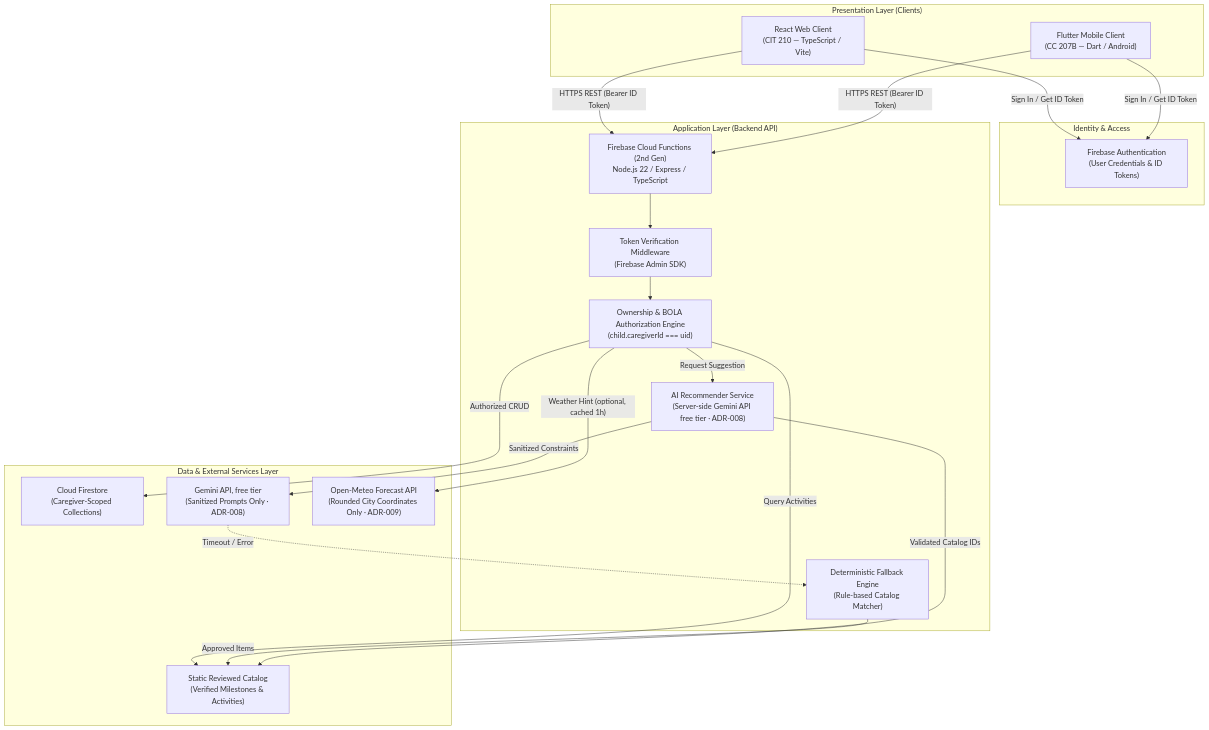
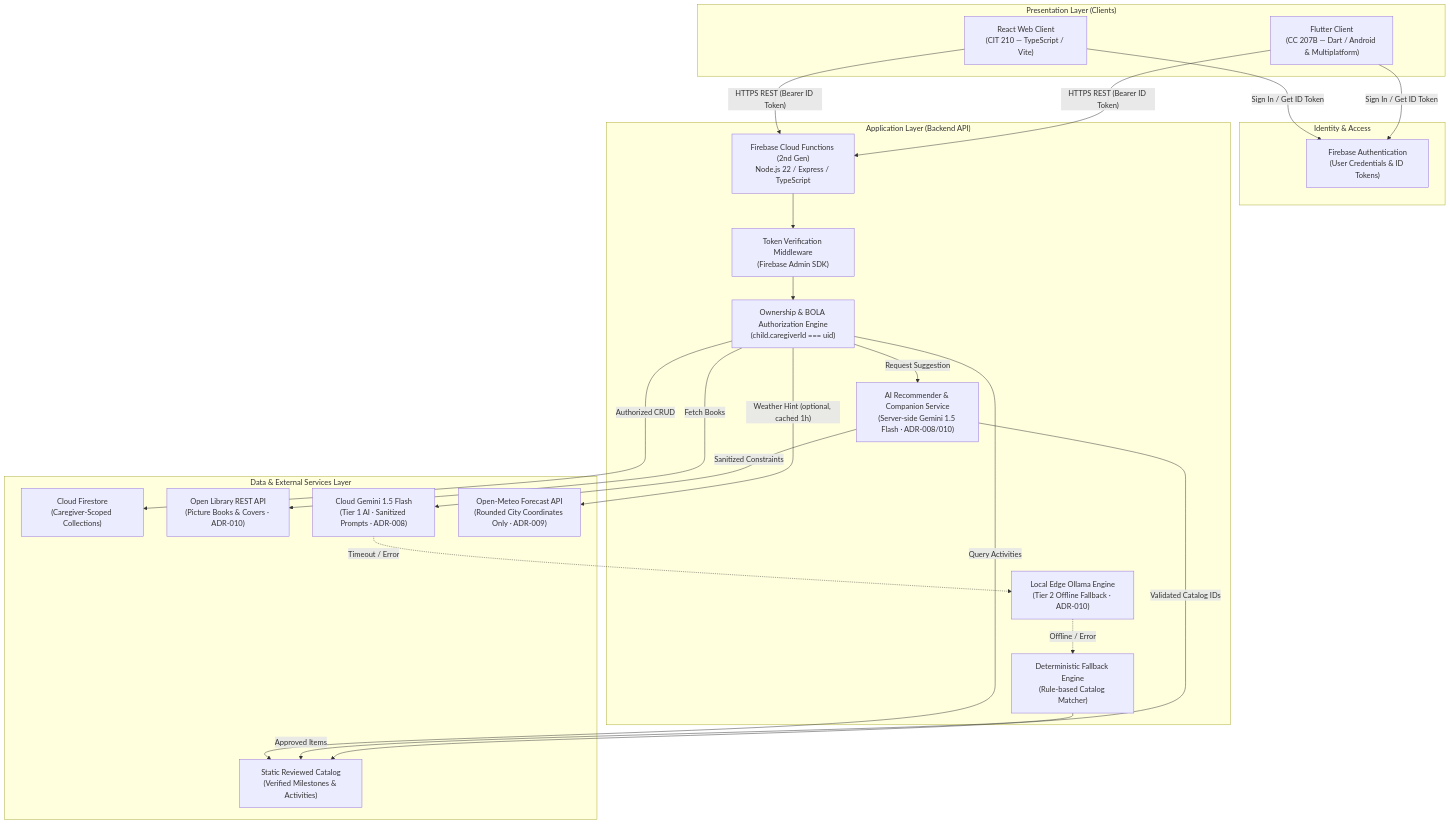
The diagram in docs/architecture-decisions.md (Thesis-Titans/littlesteps-docs), drawn with Mermaid before and after one commit. The commit also changed 4 other files, not shown here.

Commit message:
docs: visualize architecture, data model, fallback engine, and schedule with Mermaid diagrams (#60)

````diff
--- a/docs/architecture-decisions.md
+++ b/docs/architecture-decisions.md
@@ -19,48 +19,52 @@
 ```mermaid
 graph TD
     subgraph Clients["Presentation Layer (Clients)"]
         WebClient["React Web Client<br/>(CIT 210 — TypeScript / Vite)"]
-        MobileClient["Flutter Mobile Client<br/>(CC 207B — Dart / Android)"]
+        MobileClient["Flutter Client<br/>(CC 207B — Dart / Android & Multiplatform)"]
     end
 
     subgraph Identity["Identity & Access"]
         FirebaseAuth["Firebase Authentication<br/>(User Credentials & ID Tokens)"]
     end
 
     subgraph Backend["Application Layer (Backend API)"]
         CloudFunctions["Firebase Cloud Functions (2nd Gen)<br/>Node.js 22 / Express / TypeScript"]
         AuthMiddleware["Token Verification Middleware<br/>(Firebase Admin SDK)"]
         BOLAAuth["Ownership & BOLA Authorization Engine<br/>(child.caregiverId === uid)"]
-        AIService["AI Recommender Service<br/>(Server-side Gemini API free tier · ADR-008)"]
+        AIService["AI Recommender & Companion Service<br/>(Server-side Gemini 1.5 Flash · ADR-008/010)"]
+        OllamaLocal["Local Edge Ollama Engine<br/>(Tier 2 Offline Fallback · ADR-010)"]
         FallbackService["Deterministic Fallback Engine<br/>(Rule-based Catalog Matcher)"]
     end
 
     subgraph Persistence["Data & External Services Layer"]
         Firestore["Cloud Firestore<br/>(Caregiver-Scoped Collections)"]
         ReviewedCatalog["Static Reviewed Catalog<br/>(Verified Milestones & Activities)"]
-        ExternalAI["Gemini API, free tier<br/>(Sanitized Prompts Only · ADR-008)"]
+        OpenLibrary["Open Library REST API<br/>(Picture Books & Covers · ADR-010)"]
+        ExternalAI["Cloud Gemini 1.5 Flash<br/>(Tier 1 AI · Sanitized Prompts · ADR-008)"]
         Weather["Open-Meteo Forecast API<br/>(Rounded City Coordinates Only · ADR-009)"]
     end
 
     %% Client auth flows
     WebClient -->|"Sign In / Get ID Token"| FirebaseAuth
     MobileClient -->|"Sign In / Get ID Token"| FirebaseAuth
 
     %% Client API calls
     WebClient -->|"HTTPS REST (Bearer ID Token)"| CloudFunctions
     MobileClient -->|"HTTPS REST (Bearer ID Token)"| CloudFunctions
 
     %% Backend processing
     CloudFunctions --> AuthMiddleware
     AuthMiddleware --> BOLAAuth
     BOLAAuth -->|"Authorized CRUD"| Firestore
     BOLAAuth -->|"Query Activities"| ReviewedCatalog
+    BOLAAuth -->|"Fetch Books"| OpenLibrary
 
     %% AI Recommendation flow
     BOLAAuth -->|"Request Suggestion"| AIService
     AIService -->|"Sanitized Constraints"| ExternalAI
-    BOLAAuth -->|"Weather Hint (optional, cached 1h)"| Weather
-    ExternalAI -.->|"Timeout / Error"| FallbackService
+    ExternalAI -.->|"Timeout / Error"| OllamaLocal
+    OllamaLocal -.->|"Offline / Error"| FallbackService
     FallbackService -->|"Approved Items"| ReviewedCatalog
     AIService -->|"Validated Catalog IDs"| ReviewedCatalog
+    BOLAAuth -->|"Weather Hint (optional, cached 1h)"| Weather
 ```
````
